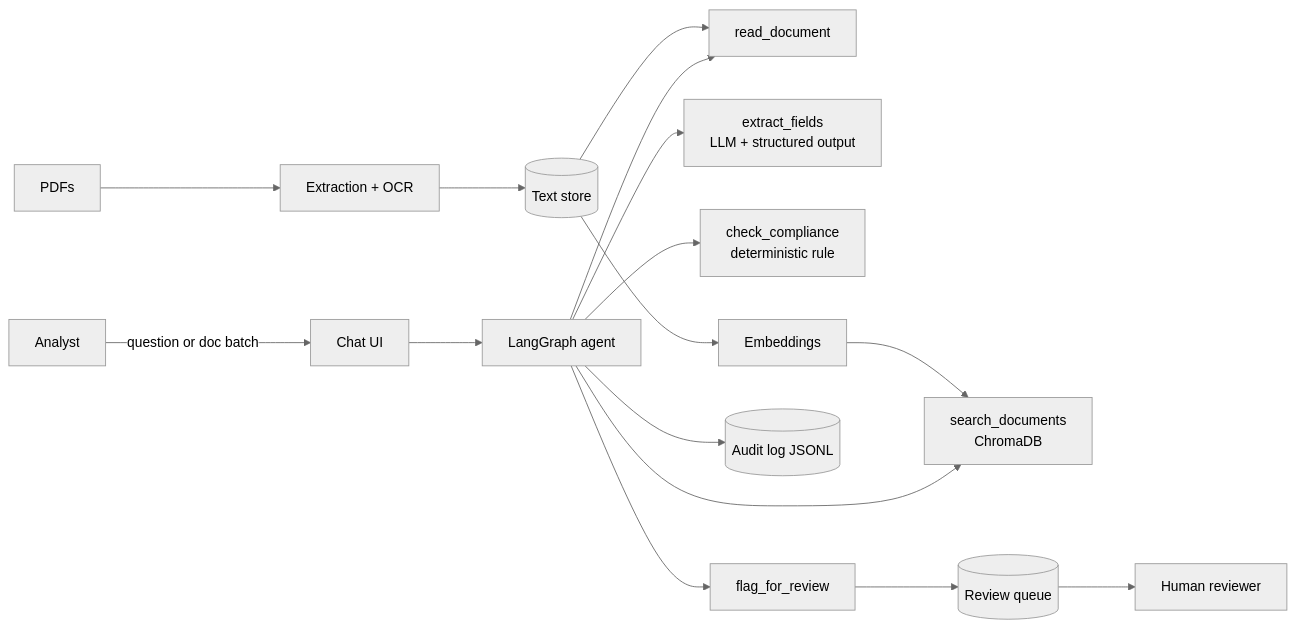
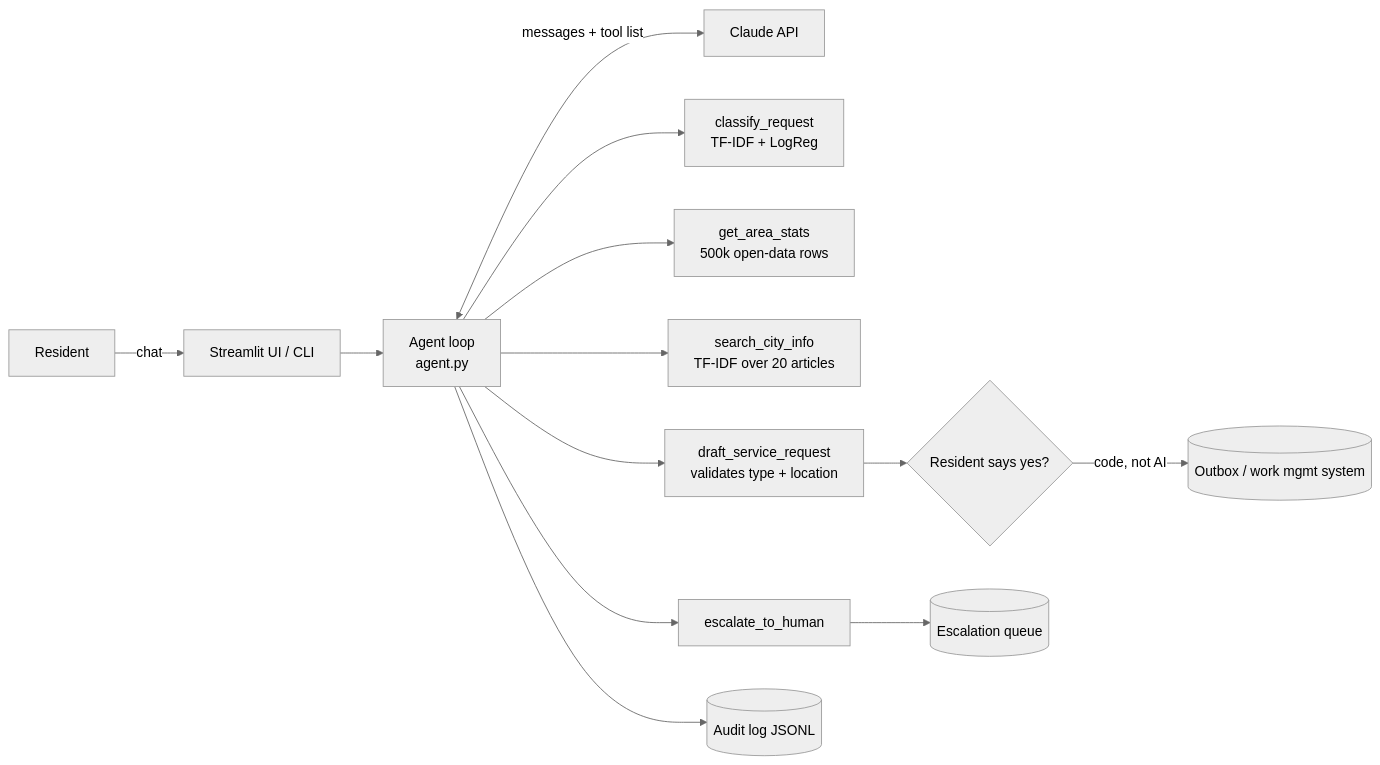
Before and after one commit to yusuf-souleimanov/toronto-311-agent: the diagram in engagement/architecture.md, drawn with Mermaid (neutral theme). The commit also changed other lines of this file and 70 other files, not shown here.

````diff
--- a/engagement/architecture.md
+++ b/engagement/architecture.md
@@ -5,15 +3,15 @@
 ```mermaid
 flowchart LR
-    U[Analyst] -->|question or doc batch| UI[Chat UI]
-    UI --> G[LangGraph agent]
-    G --> T1[read_document]
-    G --> T2[extract_fields<br/>LLM + structured output]
-    G --> T3[check_compliance<br/>deterministic rule]
-    G --> T4[search_documents<br/>ChromaDB]
-    G --> T5[flag_for_review]
-    T5 --> Q[(Review queue)]
-    Q --> R[Human reviewer]
-    G --> A[(Audit log JSONL)]
-    P[PDFs] --> X[Extraction + OCR] --> D[(Text store)] --> T1
-    D --> E[Embeddings] --> T4
+    R[Resident] -->|chat| UI[Streamlit UI / CLI]
+    UI --> A[Agent loop<br/>agent.py]
+    A <-->|messages + tool list| C[Claude API]
+    A --> T1[classify_request<br/>TF-IDF + LogReg]
+    A --> T2[get_area_stats<br/>500k open-data rows]
+    A --> T3[search_city_info<br/>TF-IDF over 20 articles]
+    A --> T4[draft_service_request<br/>validates type + location]
+    A --> T5[escalate_to_human]
+    T4 --> D{Resident says yes?}
+    D -->|code, not AI| O[(Outbox / work mgmt system)]
+    T5 --> Q[(Escalation queue)]
+    A --> L[(Audit log JSONL)]
 ```
````
